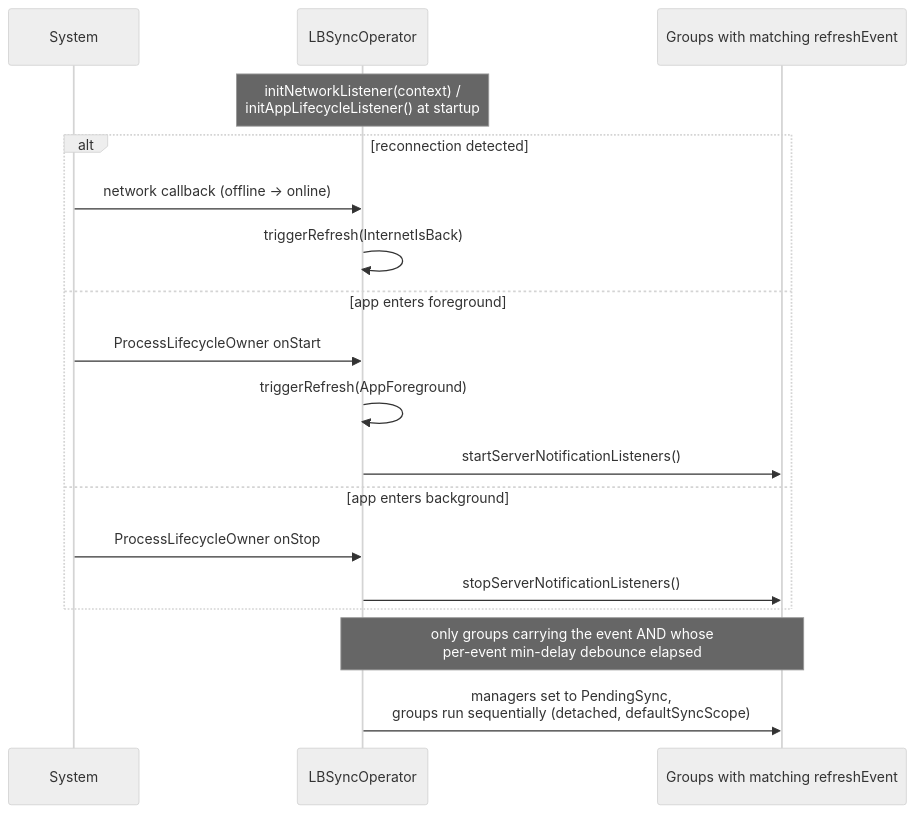
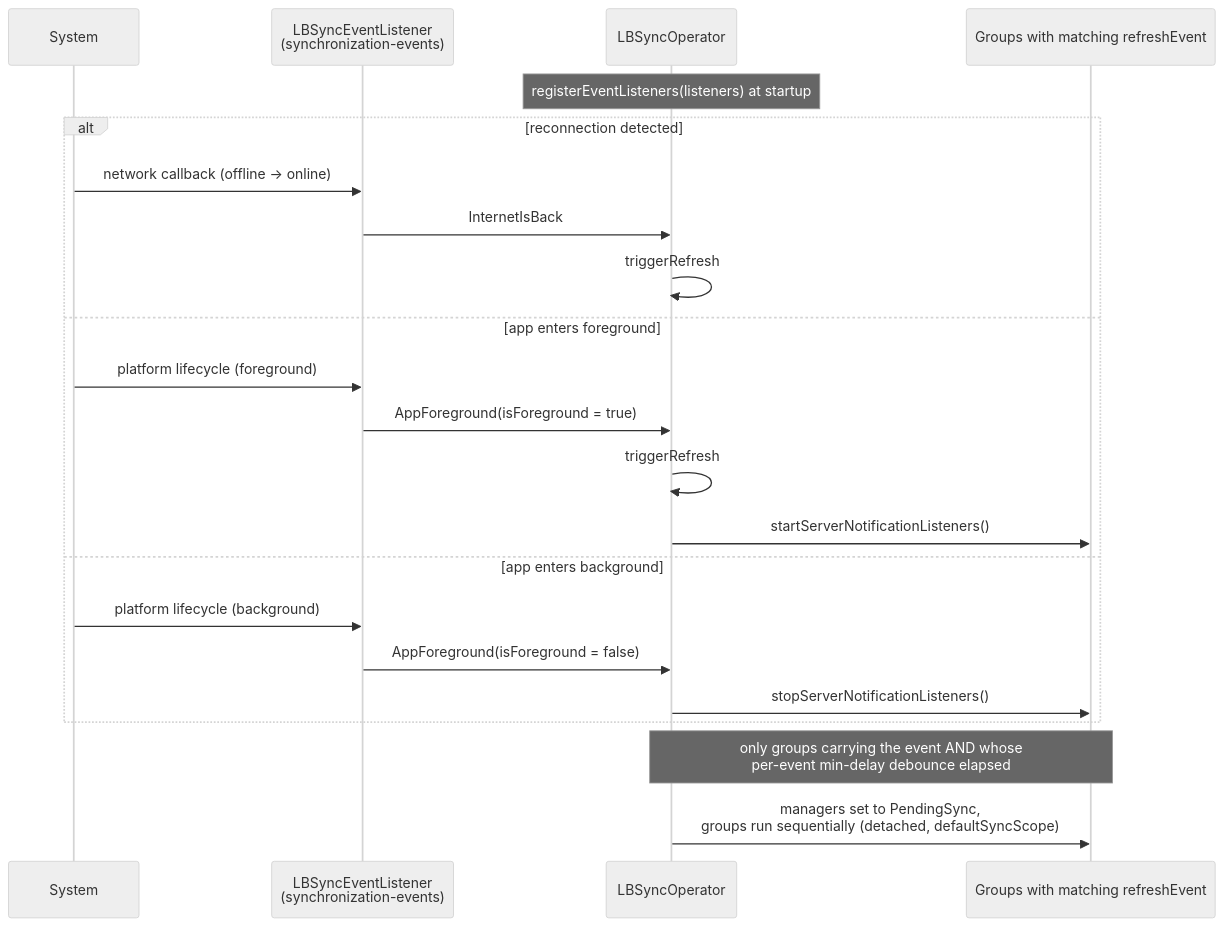
One commit to LunabeeStudio/LBAndroid changed the sixth of 6 diagrams in common/synchronization/synchronization-core/README.md. Above: the diagram before and after it, drawn with Mermaid (neutral theme). The commit also changed other lines of this file and 42 other files, not shown here.

First line of the commit message:
Improve `synchronization-core` genericity, add `synchronization-events` module (#331)

````diff
--- a/common/synchronization/synchronization-core/README.md
+++ b/common/synchronization/synchronization-core/README.md
@@ -201,23 +202,27 @@
 ```mermaid
 sequenceDiagram
     participant Sys as System
+    participant L as LBSyncEventListener<br/>(synchronization-events)
     participant OP as LBSyncOperator
     participant G as Groups with matching refreshEvent
 
-    Note over OP: initNetworkListener(context) /<br/>initAppLifecycleListener() at startup
+    Note over OP: registerEventListeners(listeners) at startup
 
     alt reconnection detected
-        Sys->>OP: network callback (offline → online)
-        OP->>OP: triggerRefresh(InternetIsBack)
+        Sys->>L: network callback (offline → online)
+        L->>OP: InternetIsBack
+        OP->>OP: triggerRefresh
     else app enters foreground
-        Sys->>OP: ProcessLifecycleOwner onStart
-        OP->>OP: triggerRefresh(AppForeground)
+        Sys->>L: platform lifecycle (foreground)
+        L->>OP: AppForeground(isForeground = true)
+        OP->>OP: triggerRefresh
         OP->>G: startServerNotificationListeners()
     else app enters background
-        Sys->>OP: ProcessLifecycleOwner onStop
+        Sys->>L: platform lifecycle (background)
+        L->>OP: AppForeground(isForeground = false)
         OP->>G: stopServerNotificationListeners()
     end
 
     Note over OP,G: only groups carrying the event AND whose<br/>per-event min-delay debounce elapsed
     OP->>G: managers set to PendingSync,<br/>groups run sequentially (detached, defaultSyncScope)
 ```
````
